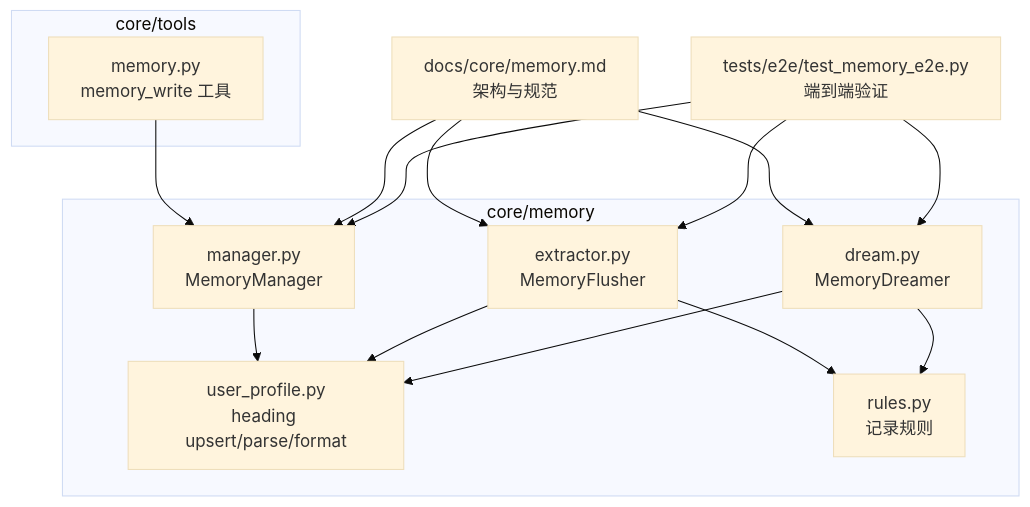
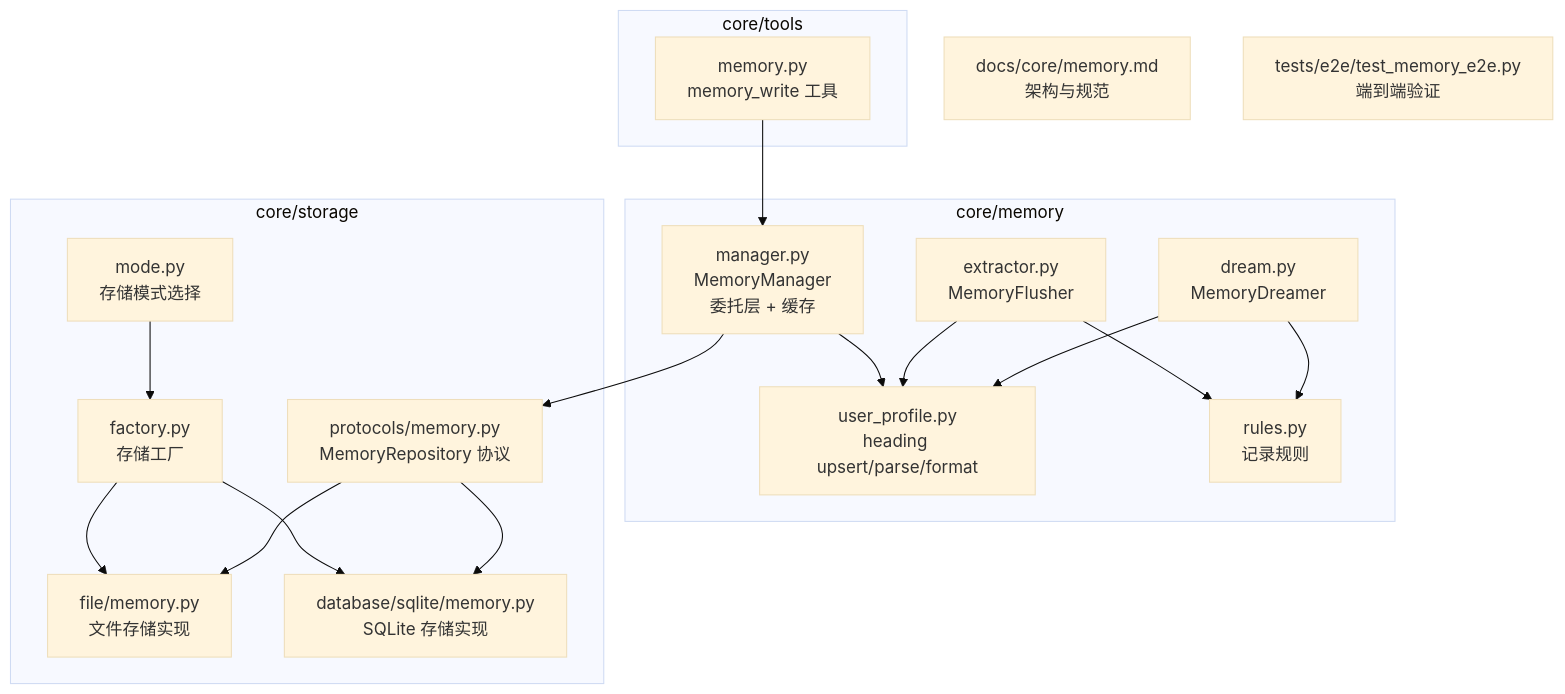
Before and after one commit to YU-JI-KUI/ark-agentic: the first of 8 diagrams in repowiki/zh/content/核心框架/记忆系统/记忆系统.md, drawn with Mermaid (base theme). The commit also changed other lines of this file and 116 other files, not shown here.

````diff
--- a/repowiki/zh/content/核心框架/记忆系统/记忆系统.md
+++ b/repowiki/zh/content/核心框架/记忆系统/记忆系统.md
@@ -40,27 +55,34 @@
 ```mermaid
 graph TB
 subgraph "core/memory"
-MGR["manager.py<br/>MemoryManager"]
+MGR["manager.py<br/>MemoryManager<br/>委托层 + 缓存"]
 UPROF["user_profile.py<br/>heading upsert/parse/format"]
 EXTR["extractor.py<br/>MemoryFlusher"]
 DREAM["dream.py<br/>MemoryDreamer"]
 RULES["rules.py<br/>记录规则"]
+end
+subgraph "core/storage"
+FACTORY["factory.py<br/>存储工厂"]
+MODE["mode.py<br/>存储模式选择"]
+PROTO["protocols/memory.py<br/>MemoryRepository 协议"]
+FILE_REPO["file/memory.py<br/>文件存储实现"]
+SQLITE_REPO["database/sqlite/memory.py<br/>SQLite 存储实现"]
 end
 subgraph "core/tools"
 TOOL_MEM["memory.py<br/>memory_write 工具"]
 end
 DOC["docs/core/memory.md<br/>架构与规范"]
 TEST["tests/e2e/test_memory_e2e.py<br/>端到端验证"]
 MGR --> UPROF
+MGR --> PROTO
 EXTR --> UPROF
 DREAM --> UPROF
 EXTR --> RULES
 DREAM --> RULES
 TOOL_MEM --> MGR
-DOC --> MGR
-DOC --> EXTR
-DOC --> DREAM
-TEST --> MGR
-TEST --> EXTR
-TEST --> DREAM
+FACTORY --> FILE_REPO
+FACTORY --> SQLITE_REPO
+MODE --> FACTORY
+PROTO --> FILE_REPO
+PROTO --> SQLITE_REPO
 ```
````
